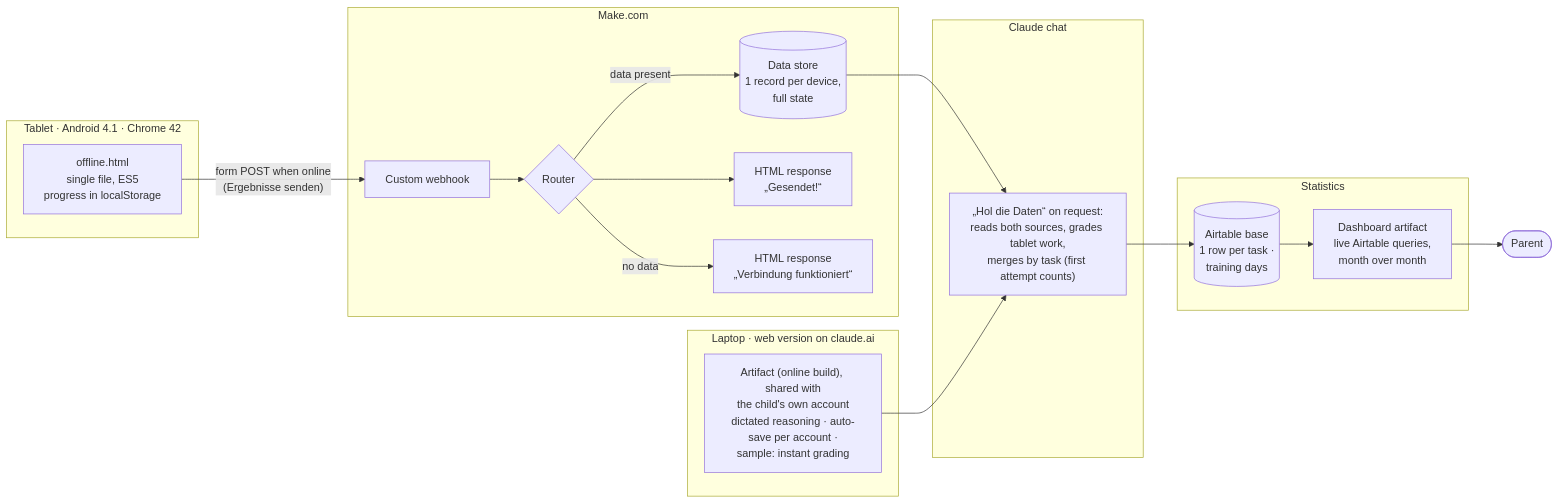
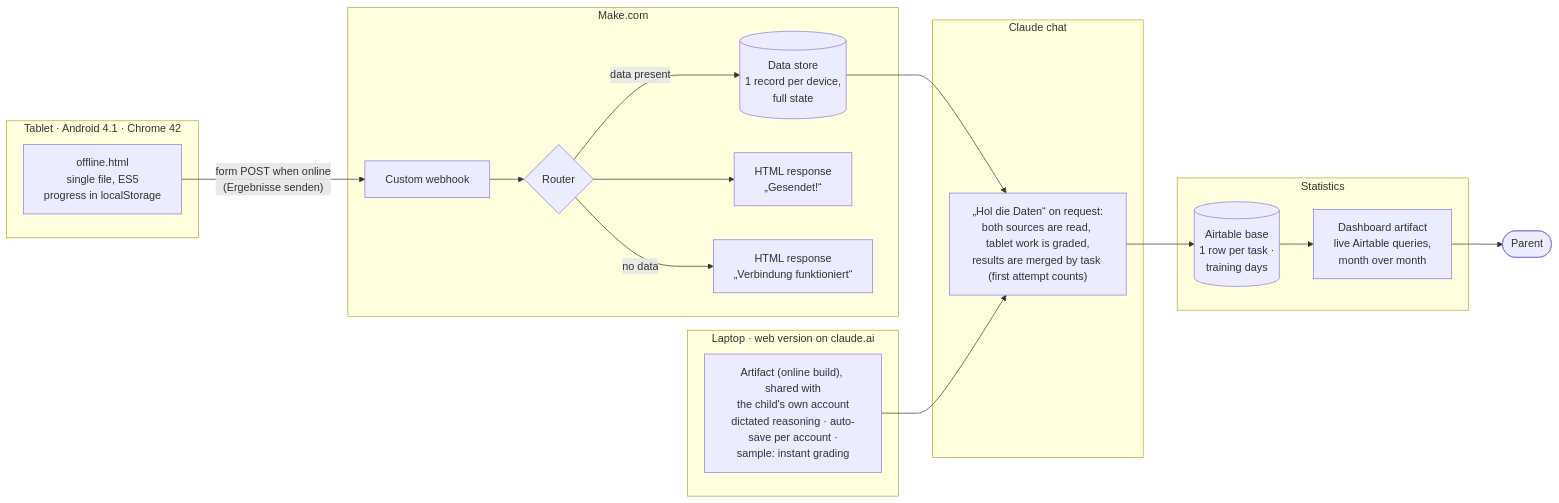
Before and after one commit to dariiasichynska/olympiade-training: the diagram in README.md, drawn with Mermaid. The commit also changed other lines of this file, not shown here.

````diff
--- a/README.md
+++ b/README.md
@@ -52,28 +52,28 @@
 ```mermaid
 flowchart LR
   subgraph Tablet["Tablet · Android 4.1 · Chrome 42"]
     O["offline.html<br/>single file, ES5<br/>progress in localStorage"]
   end
   subgraph Laptop["Laptop · web version on claude.ai"]
     AR["Artifact (online build), shared with<br/>the child's own account<br/>dictated reasoning · auto-save per account ·<br/>sample: instant grading"]
   end
   subgraph Make["Make.com"]
     W["Custom webhook"] --> R{"Router"}
     R -->|"data present"| D[("Data store<br/>1 record per device,<br/>full state")]
     R --> A["HTML response<br/>„Gesendet!“"]
     R -->|"no data"| T["HTML response<br/>„Verbindung funktioniert“"]
   end
   subgraph Claude["Claude chat"]
-    C["„Hol die Daten“ on request:<br/>reads both sources, grades tablet work,<br/>merges by task (first attempt counts)"]
+    C["„Hol die Daten“ on request:<br/>both sources are read, tablet work is graded,<br/>results are merged by task (first attempt counts)"]
   end
   subgraph Stats["Statistics"]
     AT[("Airtable base<br/>1 row per task ·<br/>training days")]
     DB["Dashboard artifact<br/>live Airtable queries,<br/>month over month"]
   end
   O -- "form POST when online<br/>(Ergebnisse senden)" --> W
   D --> C
   AR --> C
   C --> AT
   AT --> DB
   DB --> P(["Parent"])
 ```
````
